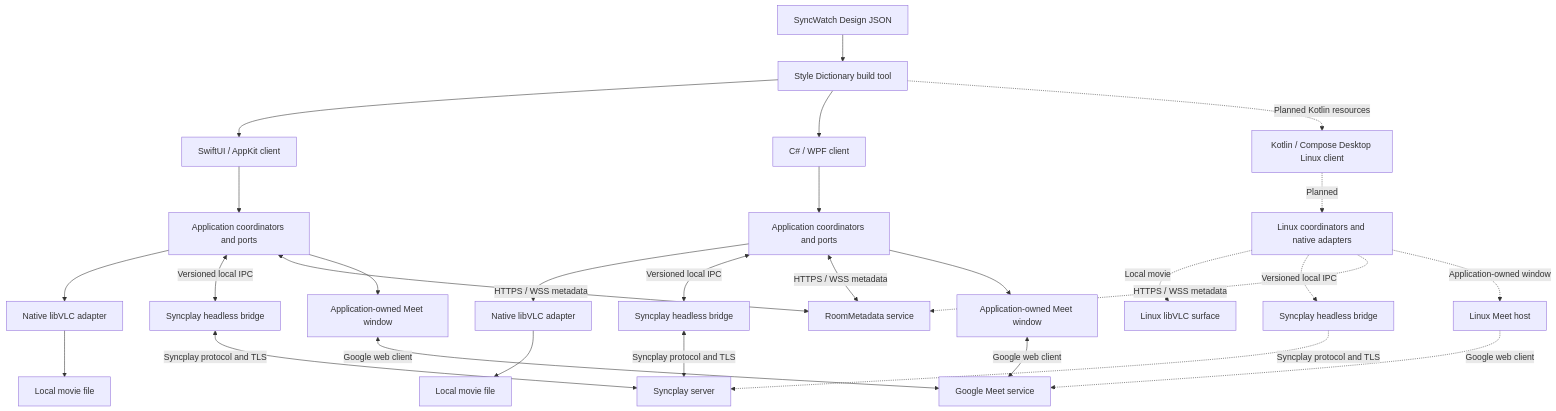
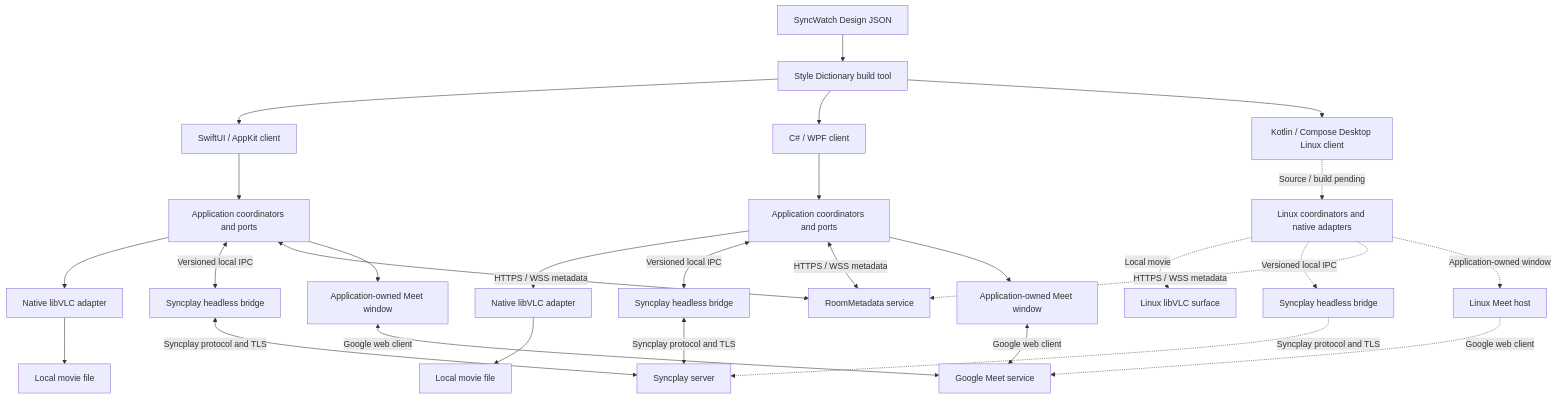
One commit to allnes/syncwatch-2 changed the first of 2 diagrams in docs/architecture/README.md. Above: the diagram before and after it, drawn with Mermaid. The commit also changed other lines of this file and 25 other files, not shown here.

Commit message:
Add Linux client and domain sources with required CI and parity gates

````diff
--- a/docs/architecture/README.md
+++ b/docs/architecture/README.md
@@ -25,30 +25,30 @@
 ```mermaid
 flowchart TB
     D[SyncWatch Design JSON] --> G[Style Dictionary build tool]
     G --> A[SwiftUI / AppKit client]
     G --> W[C# / WPF client]
-    G -. Planned Kotlin resources .-> L[Kotlin / Compose Desktop Linux client]
-    L -. Planned .-> CL[Linux coordinators and native adapters]
+    G --> L[Kotlin / Compose Desktop Linux client]
+    L -. Source / build pending .-> CL[Linux coordinators and native adapters]
     CL -. Local movie .-> FL[Linux libVLC surface]
     CL -. Versioned local IPC .-> SL[Syncplay headless bridge]
     SL -. Syncplay protocol and TLS .-> SS
     CL -. HTTPS / WSS metadata .-> R
     CL -. Application-owned window .-> ML[Linux Meet host]
     ML -. Google web client .-> M
     A --> CA[Application coordinators and ports]
     W --> CW[Application coordinators and ports]
     CA --> VA[Native libVLC adapter]
     CW --> VW[Native libVLC adapter]
     VA --> FA[Local movie file]
     VW --> FW[Local movie file]
     CA <-->|Versioned local IPC| SA[Syncplay headless bridge]
     CW <-->|Versioned local IPC| SW[Syncplay headless bridge]
     SA <-->|Syncplay protocol and TLS| SS[Syncplay server]
     SW <-->|Syncplay protocol and TLS| SS
     CA <-->|HTTPS / WSS metadata| R[RoomMetadata service]
     CW <-->|HTTPS / WSS metadata| R
     CA --> MA[Application-owned Meet window]
     CW --> MW[Application-owned Meet window]
     MA <-->|Google web client| M[Google Meet service]
     MW <-->|Google web client| M
 ```
````
